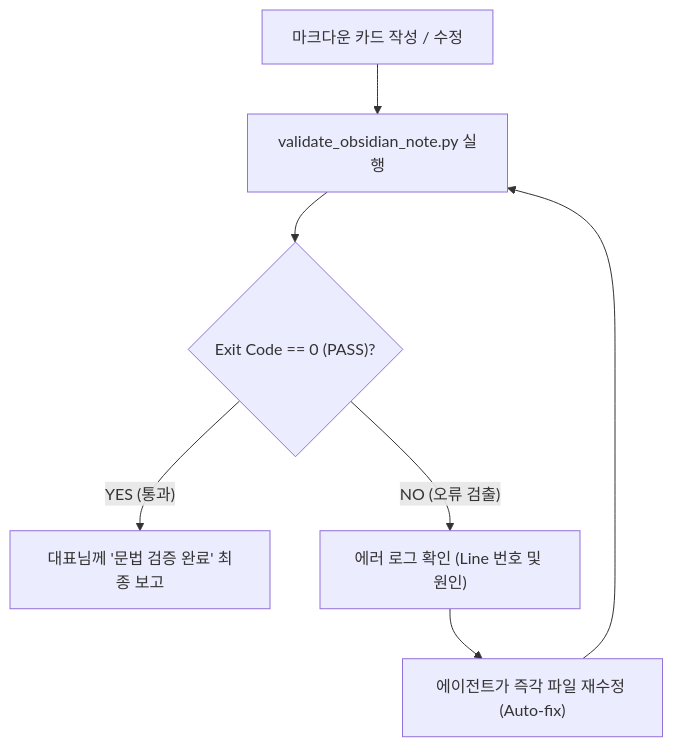
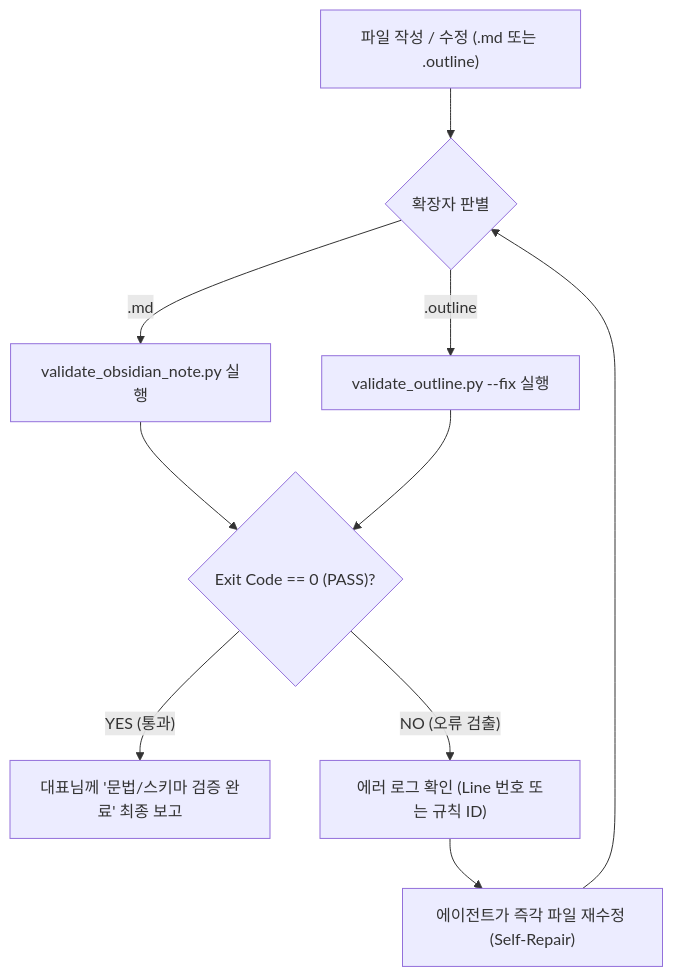
Before and after one commit to knee2420/VibePatchNote: the diagram in .agents/skills/external_pm_02_obsidian_syntax_validator/SKILL.md, drawn with Mermaid. The commit also changed other lines of this file and 10 other files, not shown here.

````diff
--- a/.agents/skills/external_pm_02_obsidian_syntax_validator/SKILL.md
+++ b/.agents/skills/external_pm_02_obsidian_syntax_validator/SKILL.md
@@ -58,9 +84,12 @@
 ```mermaid
 flowchart TD
-    A["마크다운 카드 작성 / 수정"] --> B["validate_obsidian_note.py 실행"]
-    B --> C{"Exit Code == 0 (PASS)?"}
-    C -- "YES (통과)" --> D["대표님께 '문법 검증 완료' 최종 보고"]
-    C -- "NO (오류 검출)" --> E["에러 로그 확인 (Line 번호 및 원인)"]
-    E --> F["에이전트가 즉각 파일 재수정 (Auto-fix)"]
-    F --> B
+    A["파일 작성 / 수정 (.md 또는 .outline)"] --> B{"확장자 판별"}
+    B -- ".md" --> C["validate_obsidian_note.py 실행"]
+    B -- ".outline" --> D["validate_outline.py --fix 실행"]
+    C --> E{"Exit Code == 0 (PASS)?"}
+    D --> E
+    E -- "YES (통과)" --> F["대표님께 '문법/스키마 검증 완료' 최종 보고"]
+    E -- "NO (오류 검출)" --> G["에러 로그 확인 (Line 번호 또는 규칙 ID)"]
+    G --> H["에이전트가 즉각 파일 재수정 (Self-Repair)"]
+    H --> B
 ```
````
